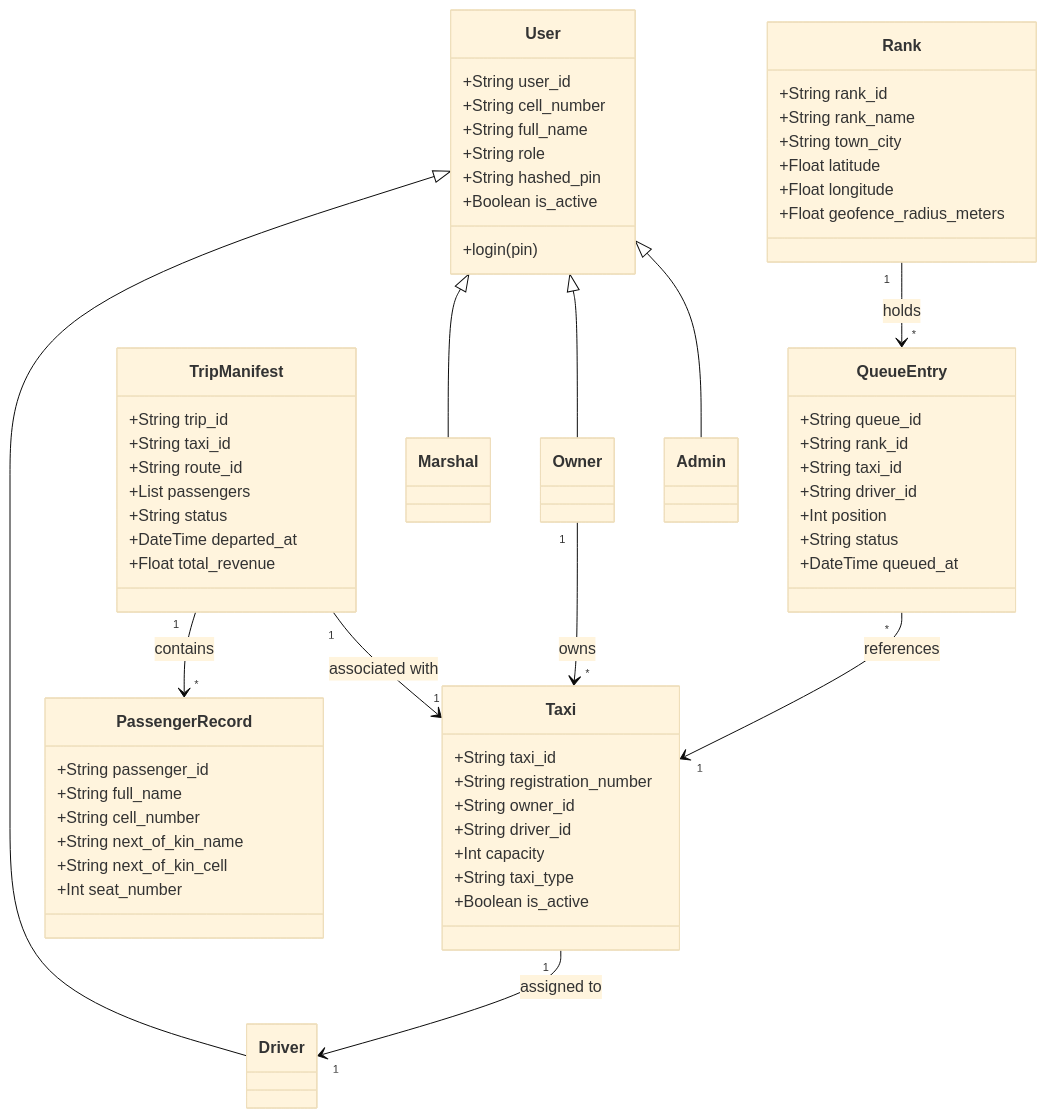
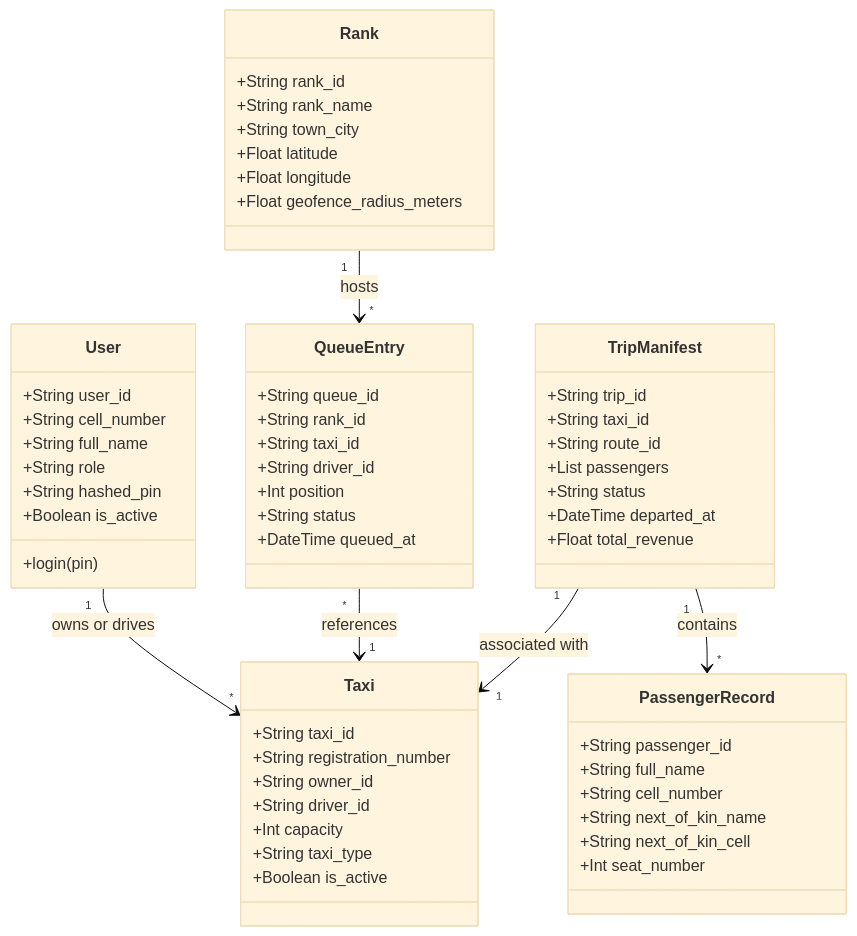
One commit to SiyaJNdzobs/NPRT63PMPSOLUTIONS changed the fifth of 5 diagrams in Phase 2 Documentation/README.md. Above: the diagram before and after it, drawn with Mermaid (base theme). The commit also changed other lines of this file, not shown here.

First line of the commit message:
fix(docs): resolve GitHub mermaid parsing errors in Phase 2 diagrams

````diff
--- a/Phase 2 Documentation/README.md
+++ b/Phase 2 Documentation/README.md
@@ -306,71 +316,66 @@
 ```mermaid
 classDiagram
     class User {
         +String user_id
         +String cell_number
         +String full_name
         +String role
         +String hashed_pin
         +Boolean is_active
         +login(pin)
     }
 
     class Taxi {
         +String taxi_id
         +String registration_number
         +String owner_id
         +String driver_id
         +Int capacity
         +String taxi_type
         +Boolean is_active
     }
 
     class Rank {
         +String rank_id
         +String rank_name
         +String town_city
         +Float latitude
         +Float longitude
         +Float geofence_radius_meters
     }
 
     class QueueEntry {
         +String queue_id
         +String rank_id
         +String taxi_id
         +String driver_id
         +Int position
         +String status
         +DateTime queued_at
     }
 
     class TripManifest {
         +String trip_id
         +String taxi_id
         +String route_id
         +List passengers
         +String status
         +DateTime departed_at
         +Float total_revenue
     }
 
     class PassengerRecord {
         +String passenger_id
         +String full_name
         +String cell_number
         +String next_of_kin_name
         +String next_of_kin_cell
         +Int seat_number
     }
 
-    User <|-- Driver
-    User <|-- Marshal
-    User <|-- Owner
-    User <|-- Admin
-    Owner "1" --> "*" Taxi : owns
-    Taxi "1" --> "1" Driver : assigned to
-    Rank "1" --> "*" QueueEntry : holds
+    User "1" --> "*" Taxi : owns or drives
+    Rank "1" --> "*" QueueEntry : hosts
     QueueEntry "*" --> "1" Taxi : references
     TripManifest "1" --> "*" PassengerRecord : contains
     TripManifest "1" --> "1" Taxi : associated with
 ```
````
